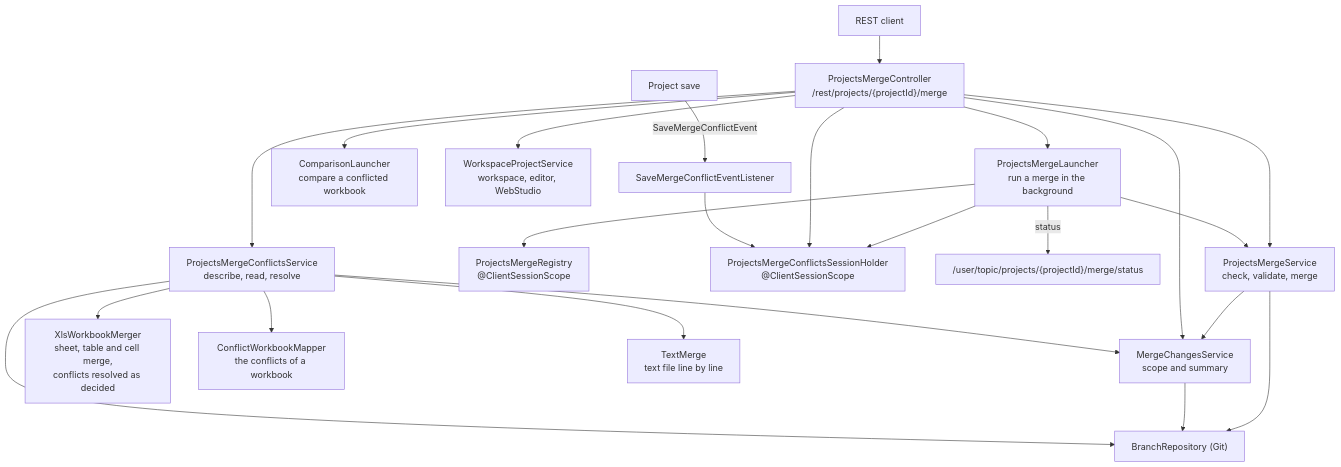
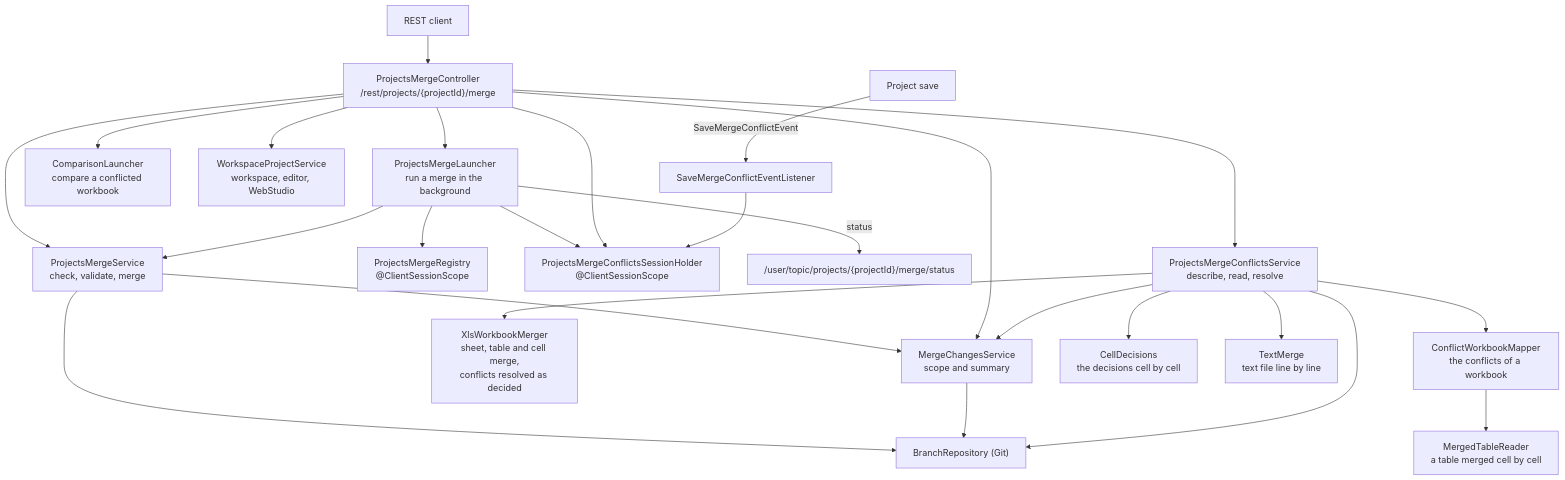
The first of 2 diagrams in Docs/api/projects-merge-architecture.md (openl-tablets/openl-tablets), drawn with Mermaid before and after one commit. The commit also changed other lines of this file and 120 other files, not shown here.

Commit message:
EPBDS-16964 Merge a conflicting table of a workbook cell by cell

````diff
--- a/Docs/api/projects-merge-architecture.md
+++ b/Docs/api/projects-merge-architecture.md
@@ -12,25 +12,27 @@
 ```mermaid
 flowchart TB
     Client["REST client"] --> Ctrl["ProjectsMergeController<br/>/rest/projects/{projectId}/merge"]
     Ctrl --> MS["ProjectsMergeService<br/>check, validate, merge"]
     Ctrl --> ML["ProjectsMergeLauncher<br/>run a merge in the background"]
     ML --> MS
     ML --> MR["ProjectsMergeRegistry<br/>@ClientSessionScope"]
     ML --> SH
     ML -- status --> Topic["/user/topic/projects/{projectId}/merge/status"]
     Ctrl --> CS["ProjectsMergeConflictsService<br/>describe, read, resolve"]
     Ctrl --> SH["ProjectsMergeConflictsSessionHolder<br/>@ClientSessionScope"]
     Ctrl --> CL["ComparisonLauncher<br/>compare a conflicted workbook"]
     Ctrl --> WS["WorkspaceProjectService<br/>workspace, editor, WebStudio"]
     MS --> Git["BranchRepository (Git)"]
     MS --> MC["MergeChangesService<br/>scope and summary"]
     Ctrl --> MC
     MC --> Git
     CS --> Git
     CS --> MC
     CS --> XM["XlsWorkbookMerger<br/>sheet, table and cell merge,<br/>conflicts resolved as decided"]
     CS --> WM["ConflictWorkbookMapper<br/>the conflicts of a workbook"]
+    WM --> MT["MergedTableReader<br/>a table merged cell by cell"]
+    CS --> CD["CellDecisions<br/>the decisions cell by cell"]
     CS --> TM["TextMerge<br/>text file line by line"]
     Save["Project save"] -- SaveMergeConflictEvent --> Lst["SaveMergeConflictEventListener"]
     Lst --> SH
 ```
````
